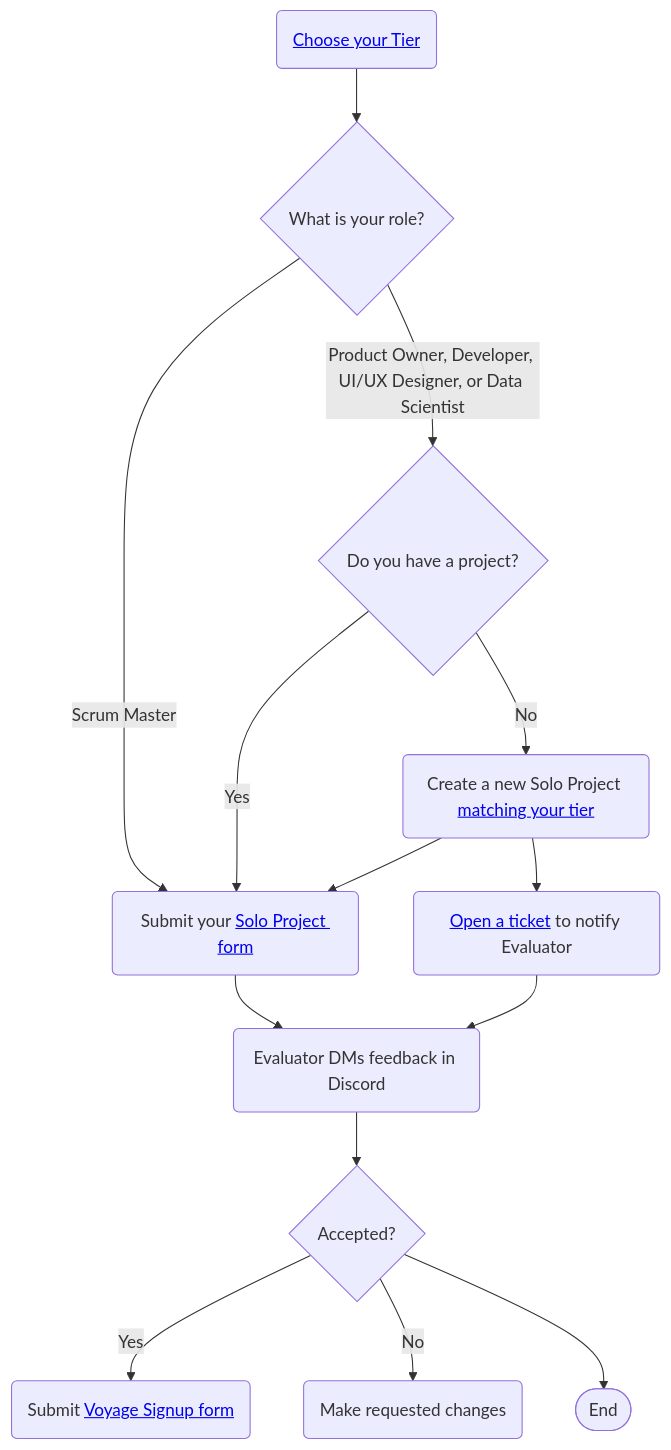
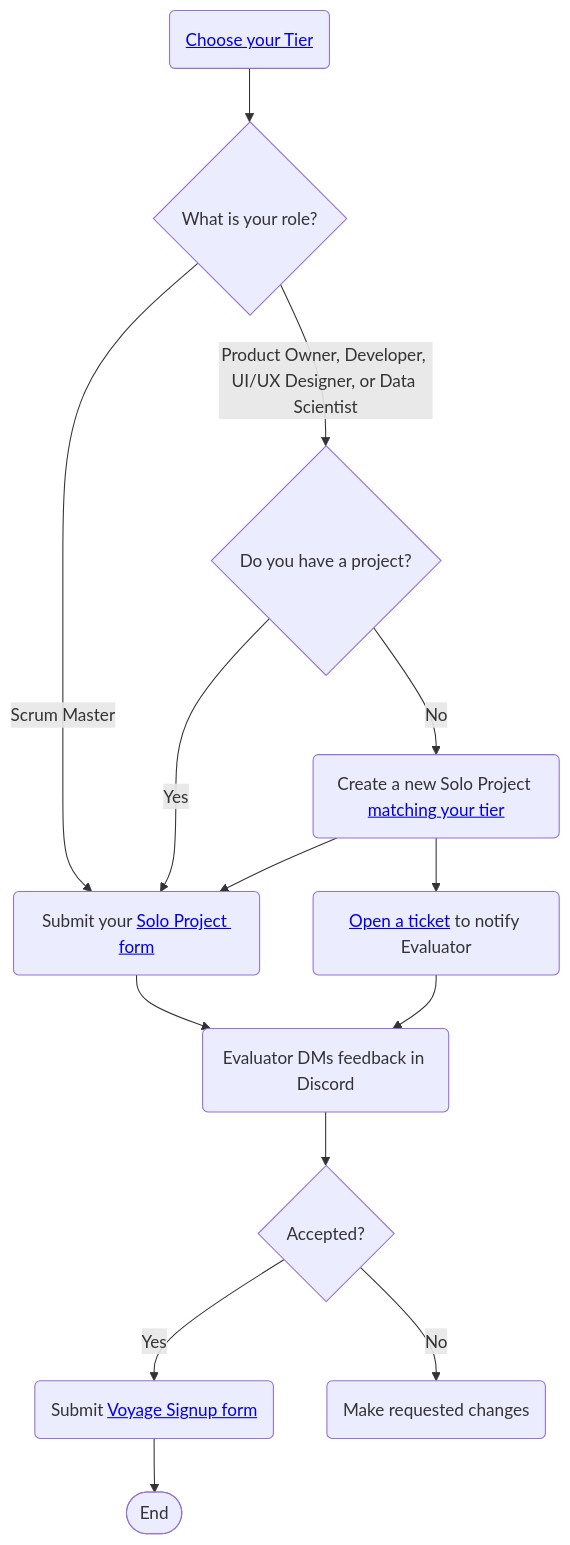
Before and after one commit to chingu-voyages/Handbook: the diagram in docs/guides/soloproject/soloproject.md, drawn with Mermaid.

Commit message:
Feature: Refine Solo Project flowchart

````diff
--- a/docs/guides/soloproject/soloproject.md
+++ b/docs/guides/soloproject/soloproject.md
@@ -17,18 +17,18 @@
 ```mermaid
 graph TB
     A(<a href='https://github.com/chingu-voyages/Handbook/blob/main/docs/guides/soloproject/soloproject.md#1-choose-your-tier-1%EF%B8%8F%E2%83%A3-2%EF%B8%8F%E2%83%A3-3%EF%B8%8F%E2%83%A3'>Choose your Tier</a>) --> B{What is your role?}
     B -- Scrum Master --> G
     B -- Product Owner, Developer, UI/UX Designer, or Data Scientist --> F{Do you have a project?}
     F -- Yes --> G(Submit your <a href='https://forms.gle/D3Nu1VvfH3FDFBRr6'>Solo Project form</a>)
     F -- No --> H(Create a new Solo Project <a href='https://github.com/chingu-voyages/Handbook/blob/main/docs/guides/soloproject/soloproject.md#2-submit-a-project-that-matches-your-tier-'>matching your tier</a>)
     H --> G
     G --> I(Evaluator DMs feedback in Discord)
 
     I --> J{Accepted?};
     J -- Yes --> K(Submit <a href='https://forms.gle/dFaNuYWAjARd99qo8' target='_blank'>Voyage Signup form</a>);
     J -- No --> L(Make requested changes);
     H --> M(<a href='https://discord.com/channels/330284646283608064/1193342042080817323' target='_blank'>Open a ticket</a> to notify Evaluator);
     M --> I;
 
-   J --> Z([End]);
+    K --> Z([End]);
 ```
````
